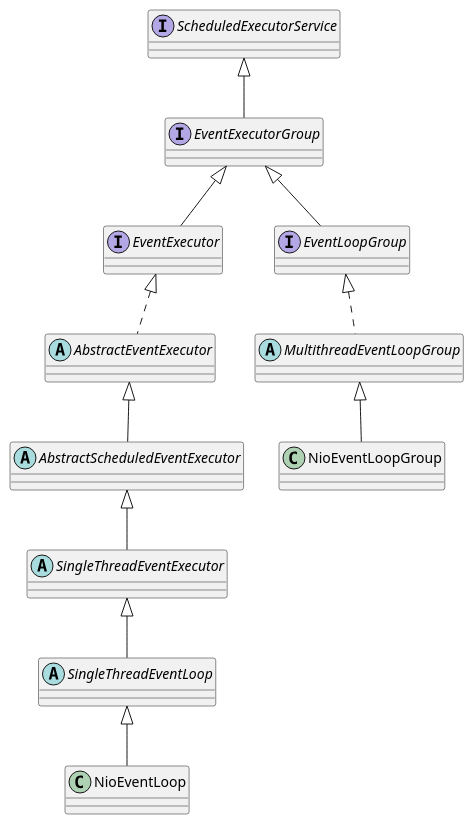
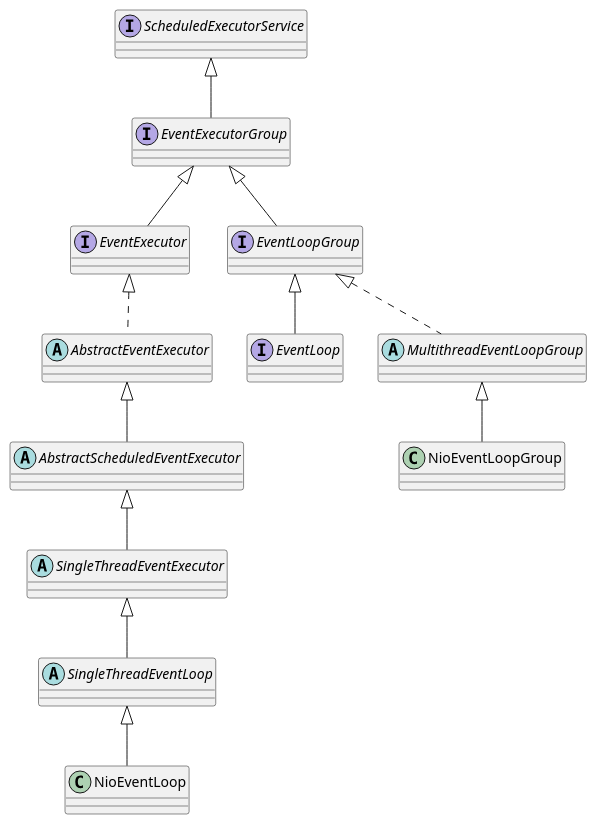
One commit to wr1ttenyu/f1nal changed the diagram in nio-and-netty/src/main/java/wr1ttenyu/f1nal/study/netty/source/echo/NettyEventExecutor.puml. Above: the diagram before and after it, drawn with PlantUML. The commit also changed 6 other files, not shown here.

```diff
--- a/nio-and-netty/src/main/java/wr1ttenyu/f1nal/study/netty/source/echo/NettyEventExecutor.puml
+++ b/nio-and-netty/src/main/java/wr1ttenyu/f1nal/study/netty/source/echo/NettyEventExecutor.puml
@@ -1,27 +1,29 @@
 @startuml
 
 interface ScheduledExecutorService
 interface EventExecutorGroup
 interface EventExecutor
 
 abstract class AbstractEventExecutor
 abstract class AbstractScheduledEventExecutor
 abstract class SingleThreadEventExecutor
 abstract class SingleThreadEventLoop
 
 interface EventLoopGroup
+interface EventLoop
 class NioEventLoop
 abstract class MultithreadEventLoopGroup
 
 ScheduledExecutorService <|--  EventExecutorGroup
 EventExecutorGroup <|-- EventExecutor
 EventExecutor <|.. AbstractEventExecutor
 AbstractEventExecutor <|-- AbstractScheduledEventExecutor
 AbstractScheduledEventExecutor <|-- SingleThreadEventExecutor
 SingleThreadEventExecutor <|-- SingleThreadEventLoop
 SingleThreadEventLoop <|-- NioEventLoop
 
+EventLoopGroup <|-- EventLoop
 EventExecutorGroup <|-- EventLoopGroup
 EventLoopGroup <|.. MultithreadEventLoopGroup
 MultithreadEventLoopGroup <|-- NioEventLoopGroup
 @enduml
```
